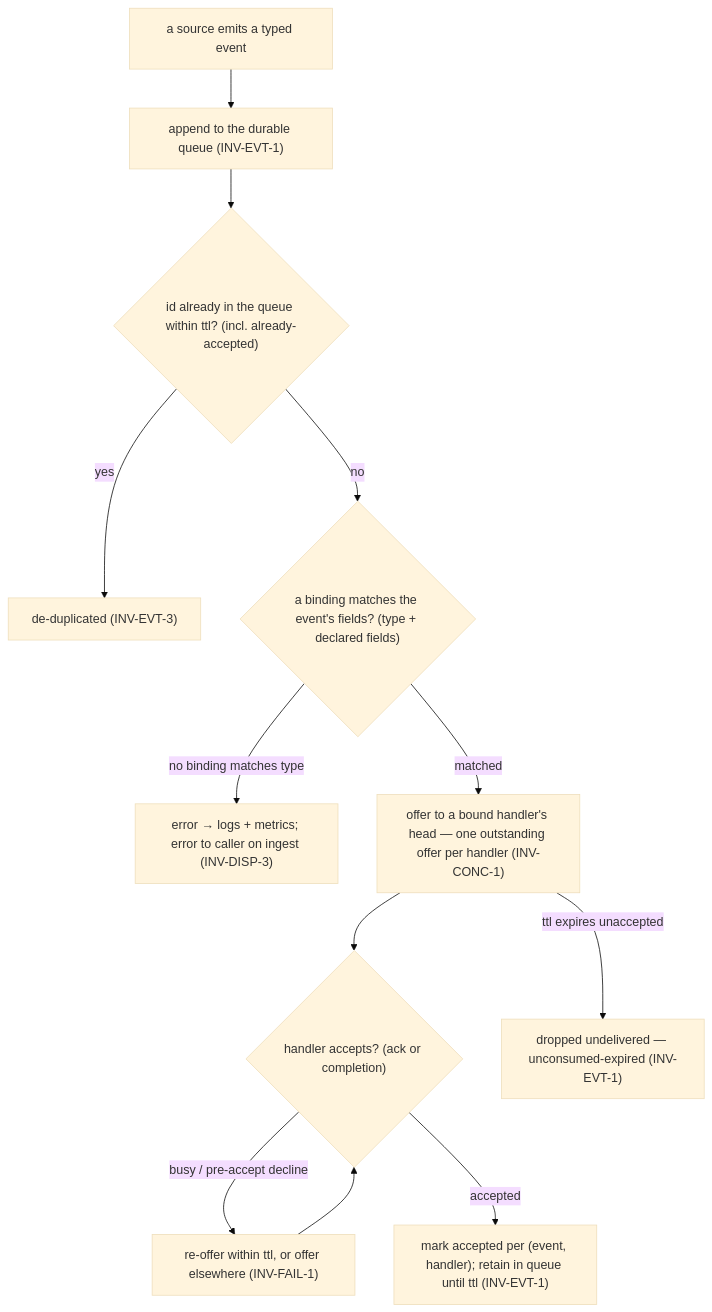
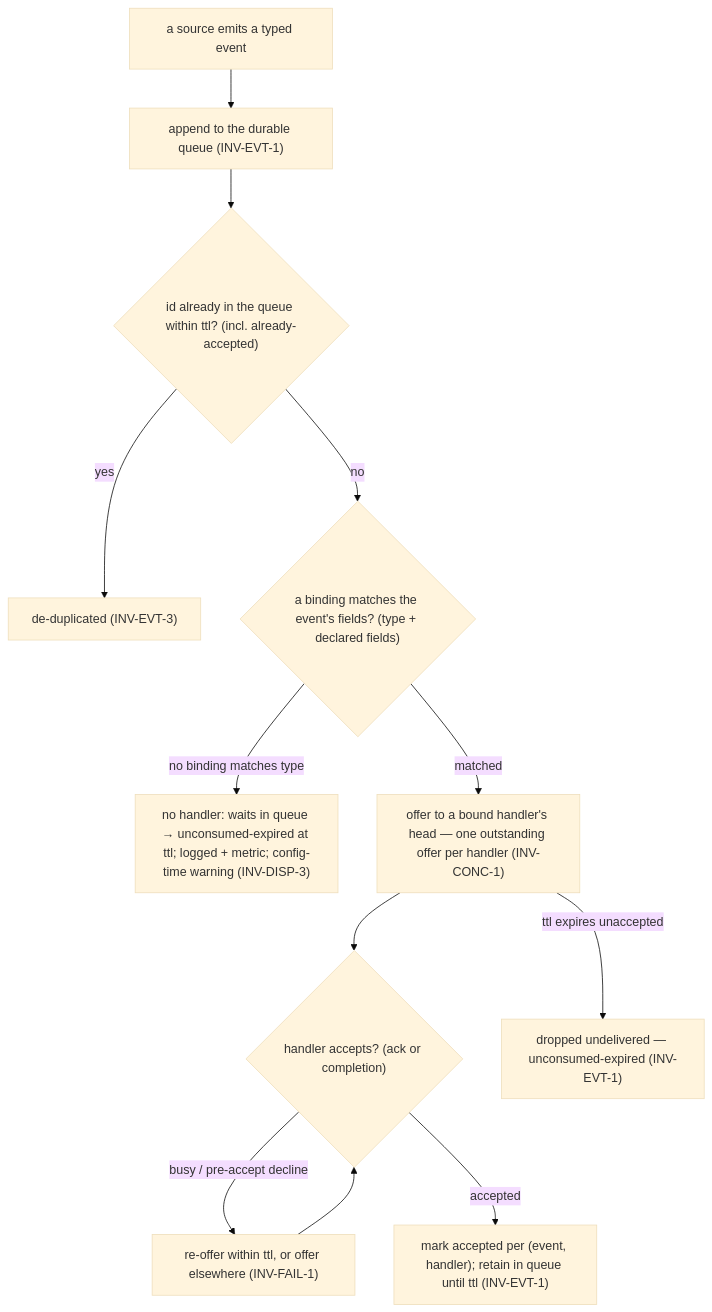
Before and after one commit to phillipgreenii/nix-agent-support: the first of 2 diagrams in packages/pr-pool/docs/behavior/invariants.md, drawn with Mermaid (base theme). The commit also changed other lines of this file and 5 other files, not shown here.

````diff
--- a/packages/pr-pool/docs/behavior/invariants.md
+++ b/packages/pr-pool/docs/behavior/invariants.md
@@ -15,14 +17,14 @@
 ```mermaid
 flowchart TD
     emit["a source emits a typed event"] --> enq["append to the durable queue (INV-EVT-1)"]
     enq --> dedup{"id already in the queue within ttl? (incl. already-accepted)"}
     dedup -->|yes| drop["de-duplicated (INV-EVT-3)"]
     dedup -->|no| match{"a binding matches the event's fields? (type + declared fields)"}
-    match -->|no binding matches type| err["error → logs + metrics; error to caller on ingest (INV-DISP-3)"]
+    match -->|no binding matches type| noh["no handler: waits in queue → unconsumed-expired at ttl; logged + metric; config-time warning (INV-DISP-3)"]
     match -->|matched| offer["offer to a bound handler's head — one outstanding offer per handler (INV-CONC-1)"]
     offer --> acc{"handler accepts? (ack or completion)"}
     acc -->|"busy / pre-accept decline"| reoffer["re-offer within ttl, or offer elsewhere (INV-FAIL-1)"]
     reoffer --> acc
     acc -->|accepted| mark["mark accepted per (event, handler); retain in queue until ttl (INV-EVT-1)"]
     offer -->|ttl expires unaccepted| expire["dropped undelivered — unconsumed-expired (INV-EVT-1)"]
 ```
````
